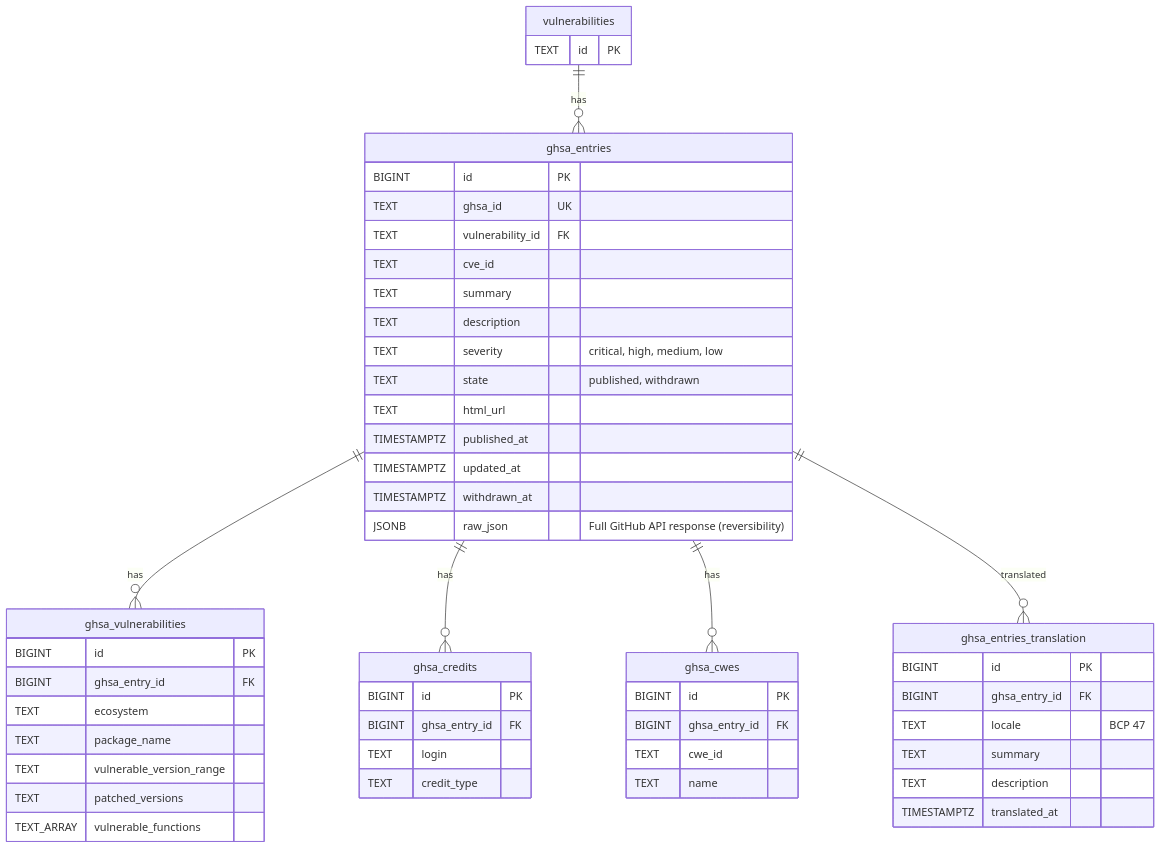
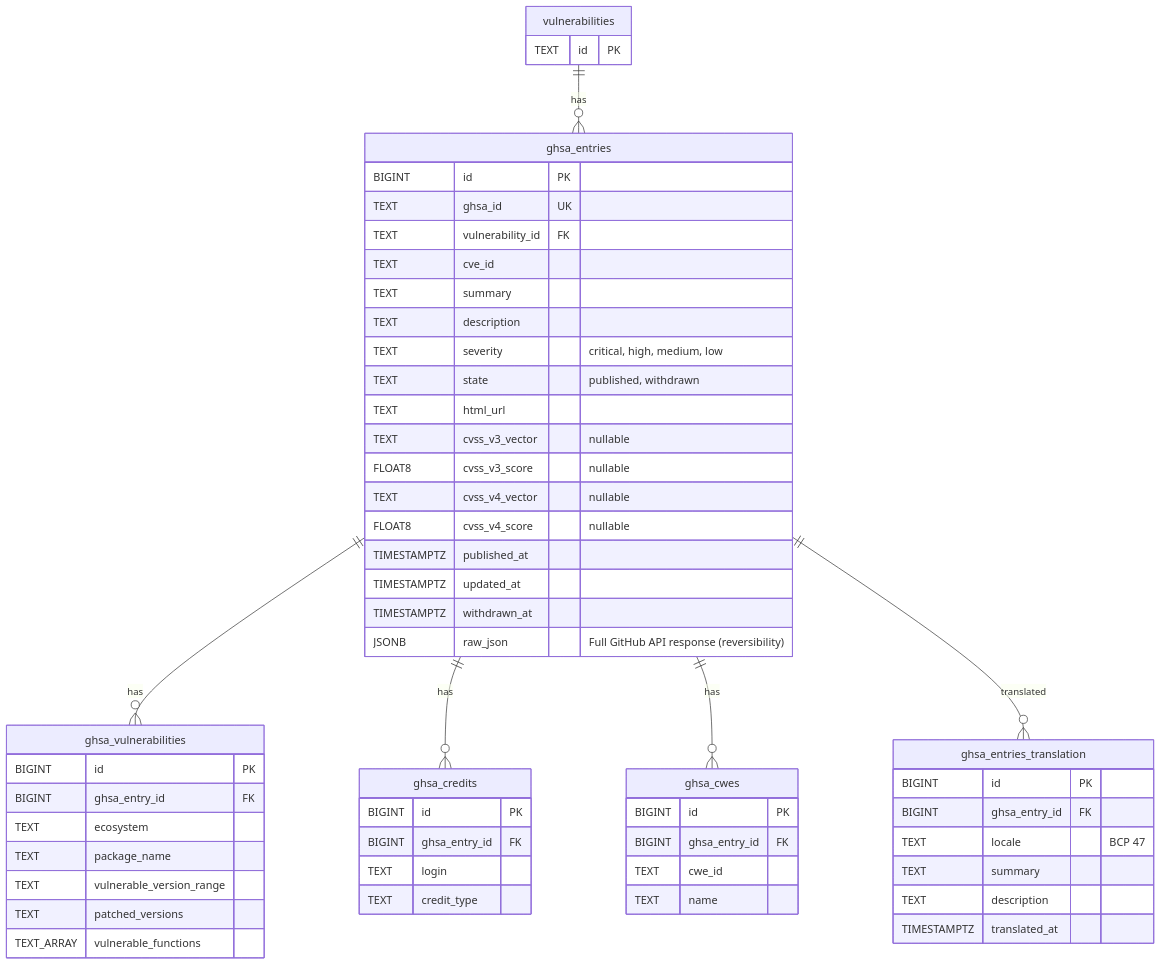
One commit to kato83/mayu changed the seventh of 12 diagrams in .kiro/steering/erd.md. Above: the diagram before and after it, drawn with Mermaid. The commit also changed other lines of this file, not shown here.

First line of the commit message:
docs: sync erd.md with actual database schema

````diff
--- a/.kiro/steering/erd.md
+++ b/.kiro/steering/erd.md
@@ -1069,61 +1218,65 @@
 ```mermaid
 erDiagram
     vulnerabilities {
         TEXT id PK
     }
 
     ghsa_entries {
         BIGINT id PK
         TEXT ghsa_id UK
         TEXT vulnerability_id FK
         TEXT cve_id
         TEXT summary
         TEXT description
         TEXT severity "critical, high, medium, low"
         TEXT state "published, withdrawn"
         TEXT html_url
+        TEXT cvss_v3_vector "nullable"
+        FLOAT8 cvss_v3_score "nullable"
+        TEXT cvss_v4_vector "nullable"
+        FLOAT8 cvss_v4_score "nullable"
         TIMESTAMPTZ published_at
         TIMESTAMPTZ updated_at
         TIMESTAMPTZ withdrawn_at
         JSONB raw_json "Full GitHub API response (reversibility)"
     }
 
     ghsa_vulnerabilities {
         BIGINT id PK
         BIGINT ghsa_entry_id FK
         TEXT ecosystem
         TEXT package_name
         TEXT vulnerable_version_range
         TEXT patched_versions
         TEXT_ARRAY vulnerable_functions
     }
 
     ghsa_credits {
         BIGINT id PK
         BIGINT ghsa_entry_id FK
         TEXT login
         TEXT credit_type
     }
 
     ghsa_cwes {
         BIGINT id PK
         BIGINT ghsa_entry_id FK
         TEXT cwe_id
         TEXT name
     }
 
     ghsa_entries_translation {
         BIGINT id PK
         BIGINT ghsa_entry_id FK
         TEXT locale "BCP 47"
         TEXT summary
         TEXT description
         TIMESTAMPTZ translated_at
     }
 
     vulnerabilities ||--o{ ghsa_entries : "has"
     ghsa_entries ||--o{ ghsa_vulnerabilities : "has"
     ghsa_entries ||--o{ ghsa_credits : "has"
     ghsa_entries ||--o{ ghsa_cwes : "has"
     ghsa_entries ||--o{ ghsa_entries_translation : "translated"
 ```
````
